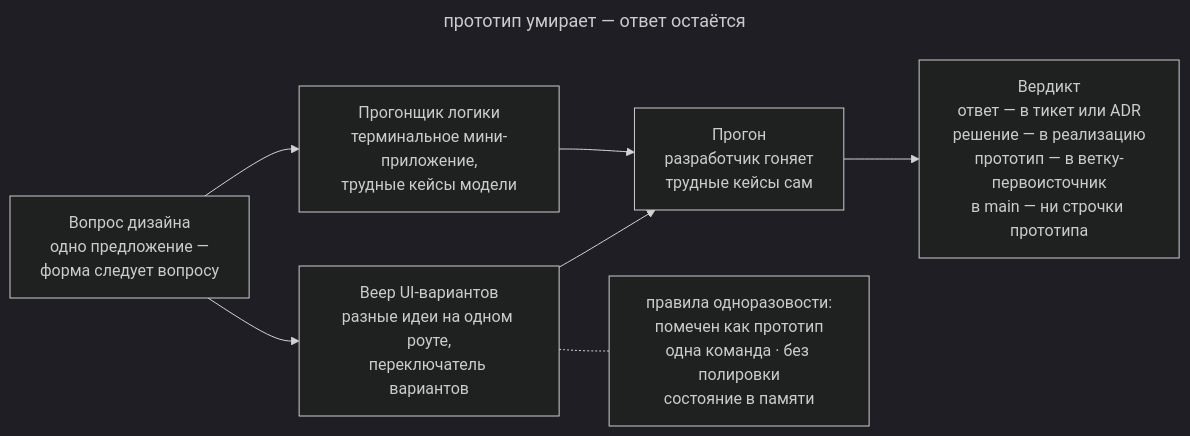
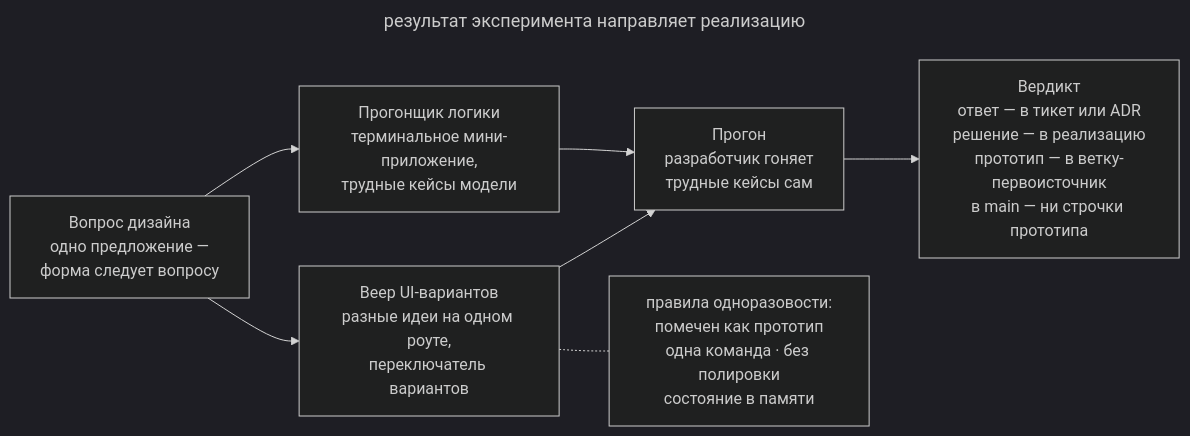
Before and after one commit to Rastavelli/agentic-coding-design-patterns: the diagram in book/ru/prototype-to-answer.md, drawn with Mermaid (dark theme). The commit also changed other lines of this file and 24 other files, not shown here.

Commit message:
docs: finish Russian prose review and align diagram captions

````diff
--- a/book/ru/prototype-to-answer.md
+++ b/book/ru/prototype-to-answer.md
@@ -48,16 +47,16 @@
 ```mermaid
 ---
-title: прототип умирает — ответ остаётся
+title: результат эксперимента направляет реализацию
 ---
 flowchart LR
   q["Вопрос дизайна<br/>одно предложение —<br/>форма следует вопросу"]:::accent
   logic["Прогонщик логики<br/>терминальное мини-приложение,<br/>трудные кейсы модели"]
   ui["Веер UI-вариантов<br/>разные идеи на одном роуте,<br/>переключатель вариантов"]
   rules["правила одноразовости:<br/>помечен как прототип<br/>одна команда · без полировки<br/>состояние в памяти"]:::muted
   run["Прогон<br/>разработчик гоняет<br/>трудные кейсы сам"]
   verdict["Вердикт<br/>ответ — в тикет или ADR<br/>решение — в реализацию<br/>прототип — в ветку-первоисточник<br/>в main — ни строчки прототипа"]:::accent
   q --> logic --> run
   q --> ui --> run
   run --> verdict
   ui -.- rules
 ```
````
